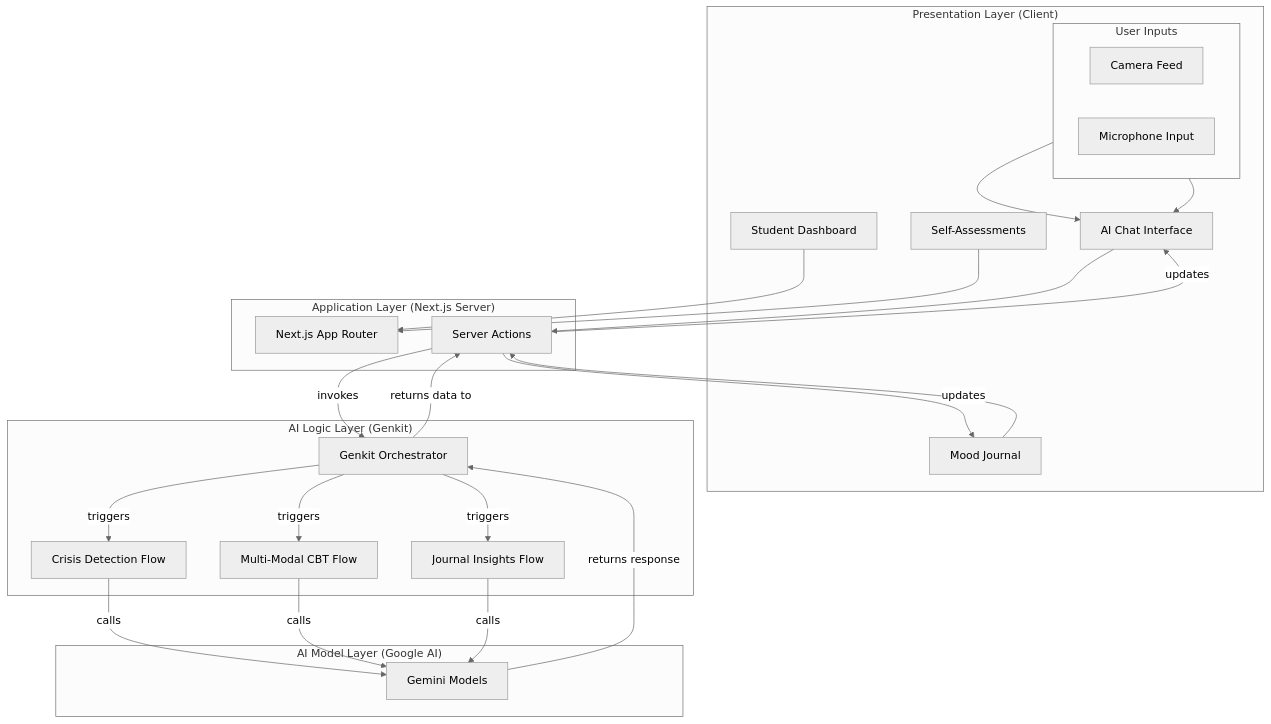
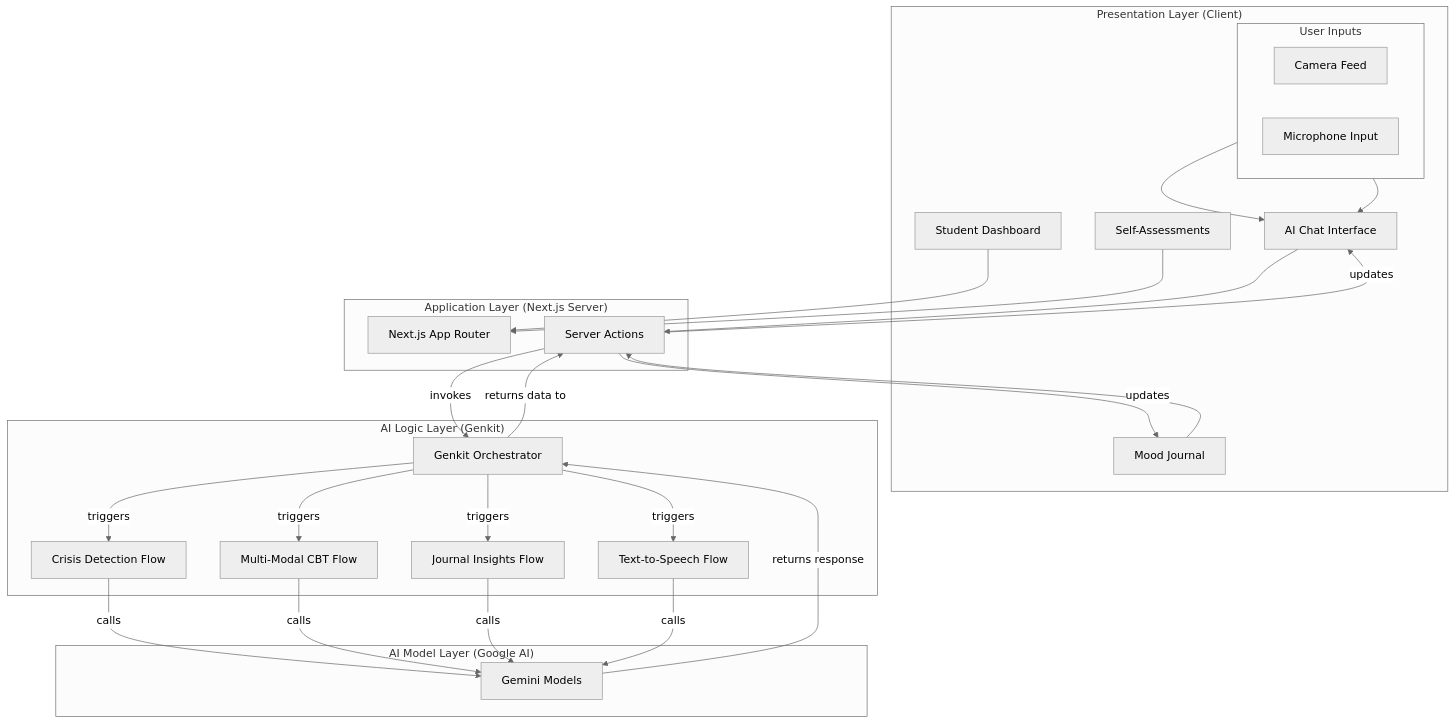
Before and after one commit to Utpal-Kalita/Saarthi: the second of 4 diagrams in src/README.md, drawn with Mermaid (neutral theme). The commit also changed other lines of this file, not shown here.

````diff
--- a/src/README.md
+++ b/src/README.md
@@ -93,53 +96,57 @@
 ```mermaid
 graph TD
     subgraph PL["Presentation Layer (Client)"]
         subgraph "User Inputs"
             direction LR
             Cam[Camera Feed]
             Mic[Microphone Input]
         end
         Dashboard[Student Dashboard]
         Chat[AI Chat Interface]
         Journal[Mood Journal]
         Assessments[Self-Assessments]
     end
 
     subgraph AL["Application Layer (Next.js Server)"]
         AppRouter[Next.js App Router]
         ServerActions[Server Actions]
     end
 
     subgraph AIL["AI Logic Layer (Genkit)"]
         Genkit[Genkit Orchestrator]
         CrisisFlow[Crisis Detection Flow]
         CBTFlow[Multi-Modal CBT Flow]
         InsightsFlow[Journal Insights Flow]
+        TTSFlow[Text-to-Speech Flow]
     end
 
     subgraph AIML["AI Model Layer (Google AI)"]
         Gemini[Gemini Models]
     end
     
     Dashboard --> AppRouter
     Assessments --> AppRouter
     
     Chat --> ServerActions
     Journal --> ServerActions
     Cam --> Chat
     Mic --> Chat
     
     ServerActions -- invokes --> Genkit
 
     Genkit -- triggers --> CrisisFlow
     Genkit -- triggers --> CBTFlow
     Genkit -- triggers --> InsightsFlow
+    Genkit -- triggers --> TTSFlow
 
     CrisisFlow -- calls --> Gemini
     CBTFlow -- calls --> Gemini
     InsightsFlow -- calls --> Gemini
+    TTSFlow -- calls --> Gemini
+
 
     Gemini -- returns response --> Genkit
     Genkit -- returns data to --> ServerActions
     ServerActions -- updates --> Chat
     ServerActions -- updates --> Journal
 ```
````
